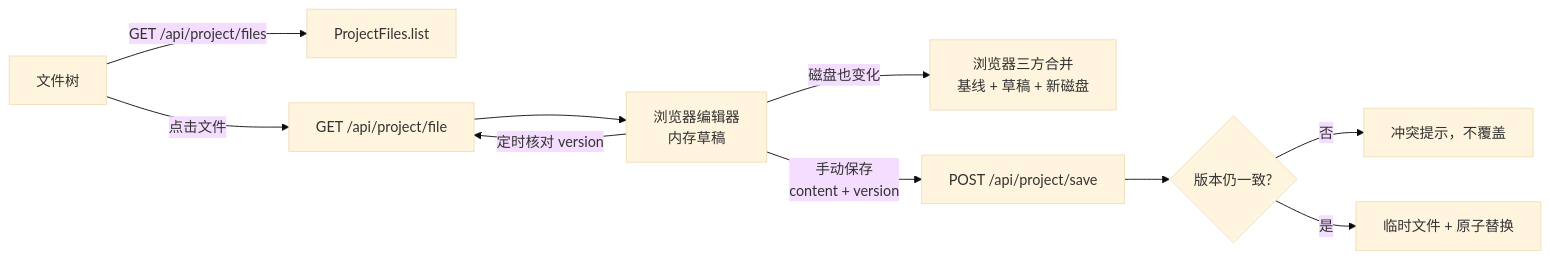
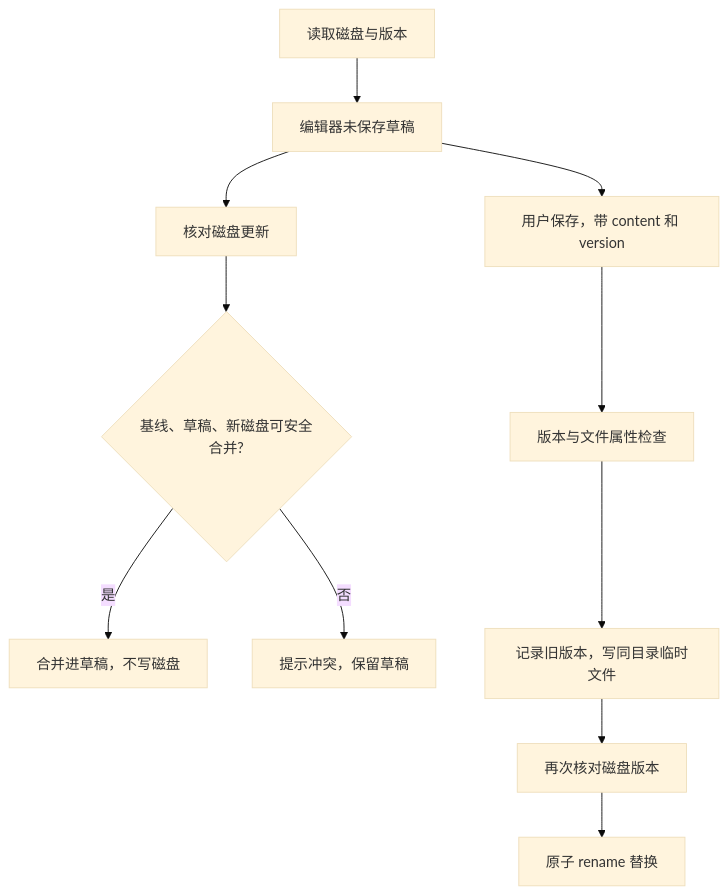
The fifth of 7 diagrams in 项目原理详解.md (liuxiansheng-w/codex_web_used_bybigdata), drawn with Mermaid (base theme) before and after one commit. The commit also changed other lines of this file and 63 other files, not shown here.

````diff
--- a/项目原理详解.md
+++ b/项目原理详解.md
@@ -312,12 +385,13 @@
 ```mermaid
-flowchart LR
-    FT[文件树] -->|GET /api/project/files| PF[ProjectFiles.list]
-    FT -->|点击文件| R[GET /api/project/file]
-    R --> ED[浏览器编辑器<br/>内存草稿]
-    ED -->|定时核对 version| R
-    ED -->|磁盘也变化| MG[浏览器三方合并<br/>基线 + 草稿 + 新磁盘]
-    ED -->|手动保存<br/>content + version| S[POST /api/project/save]
-    S --> CK{版本仍一致?}
-    CK -- 否 --> CF[冲突提示，不覆盖]
-    CK -- 是 --> AT[临时文件 + 原子替换]
+flowchart TD
+    Read[读取磁盘与版本] --> Draft[编辑器未保存草稿]
+    Draft --> Poll[核对磁盘更新]
+    Poll --> Merge{基线、草稿、新磁盘可安全合并?}
+    Merge -->|是| Buffer[合并进草稿，不写磁盘]
+    Merge -->|否| Conflict[提示冲突，保留草稿]
+    Draft --> Save[用户保存，带 content 和 version]
+    Save --> Check[版本与文件属性检查]
+    Check --> Stage[记录旧版本，写同目录临时文件]
+    Stage --> Recheck[再次核对磁盘版本]
+    Recheck --> Rename[原子 rename 替换]
 ```
````
